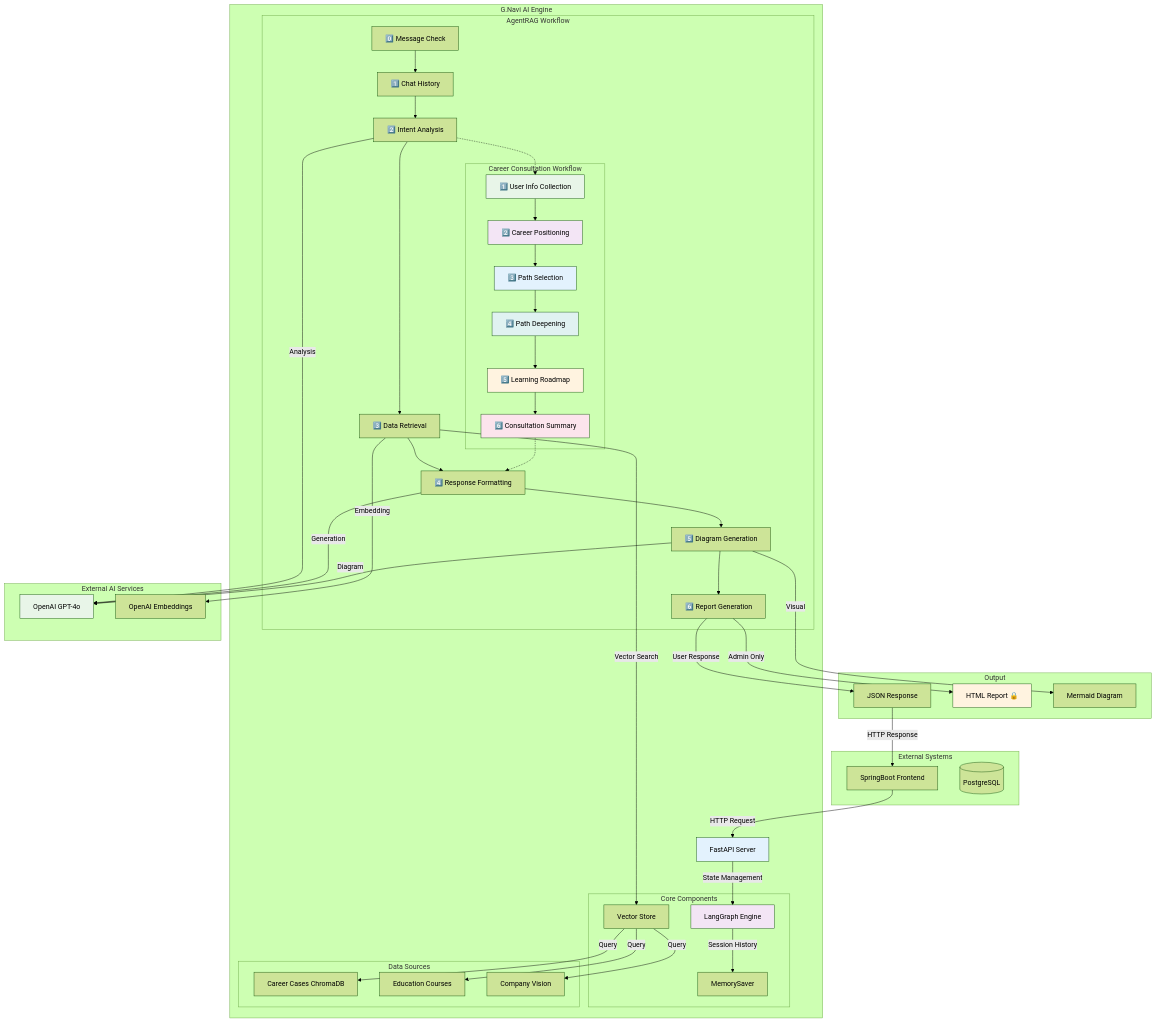
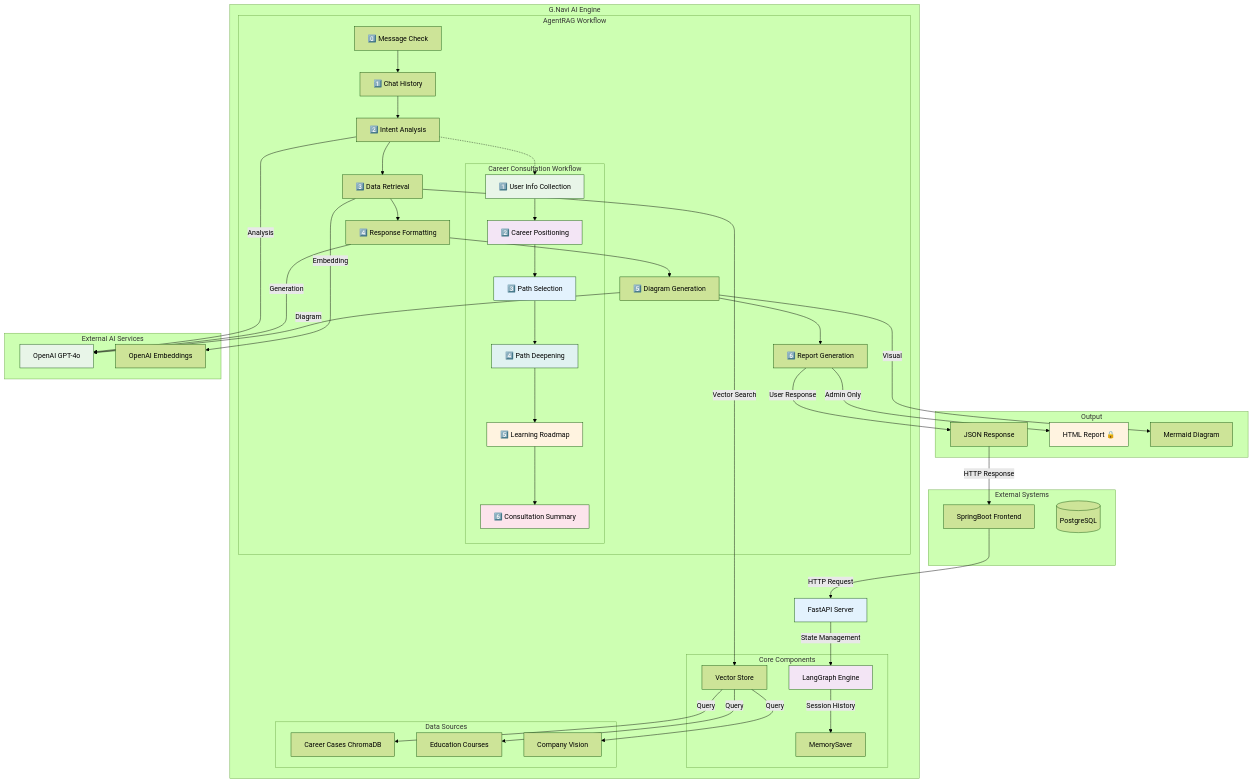
One commit to SK4toB/g-navi-ai-api changed the first of 5 diagrams in README.md. Above: the diagram before and after it, drawn with Mermaid (forest theme). The commit also changed other lines of this file, not shown here.

Commit message:
다이어그램 수정

```diff
--- a/README.md
+++ b/README.md
@@ -116,7 +116,6 @@
             PS --> PD
             PD --> LR
             LR --> CS
-            CS -.-> RF
         end
         
         subgraph "Core Components"
```
